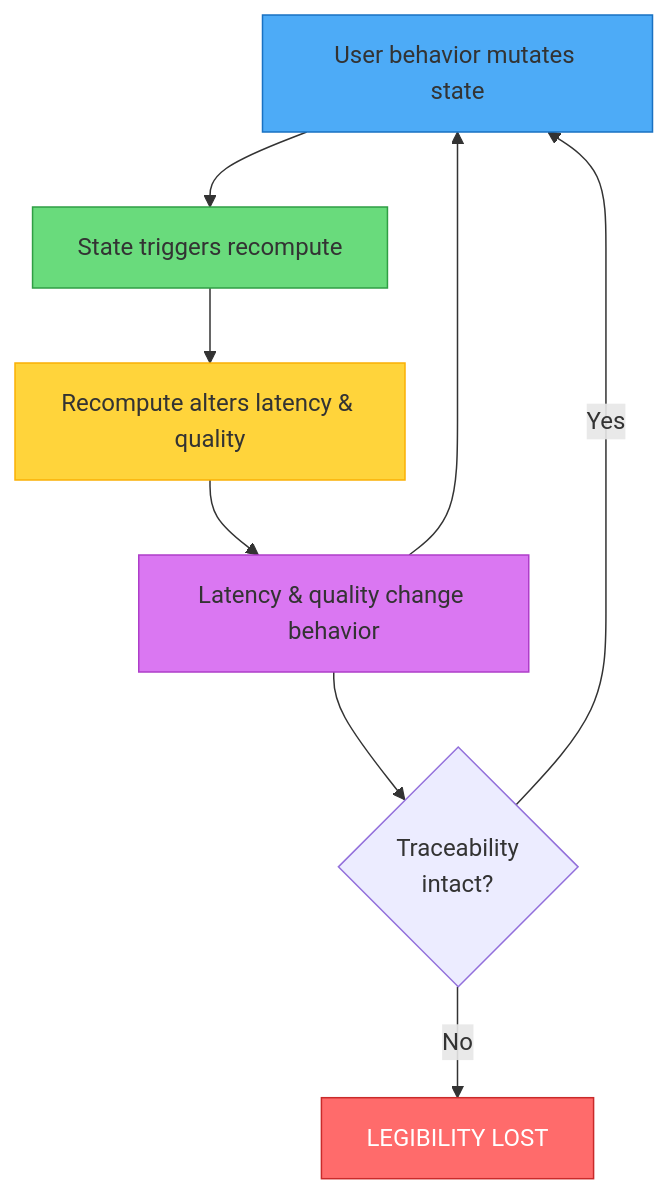
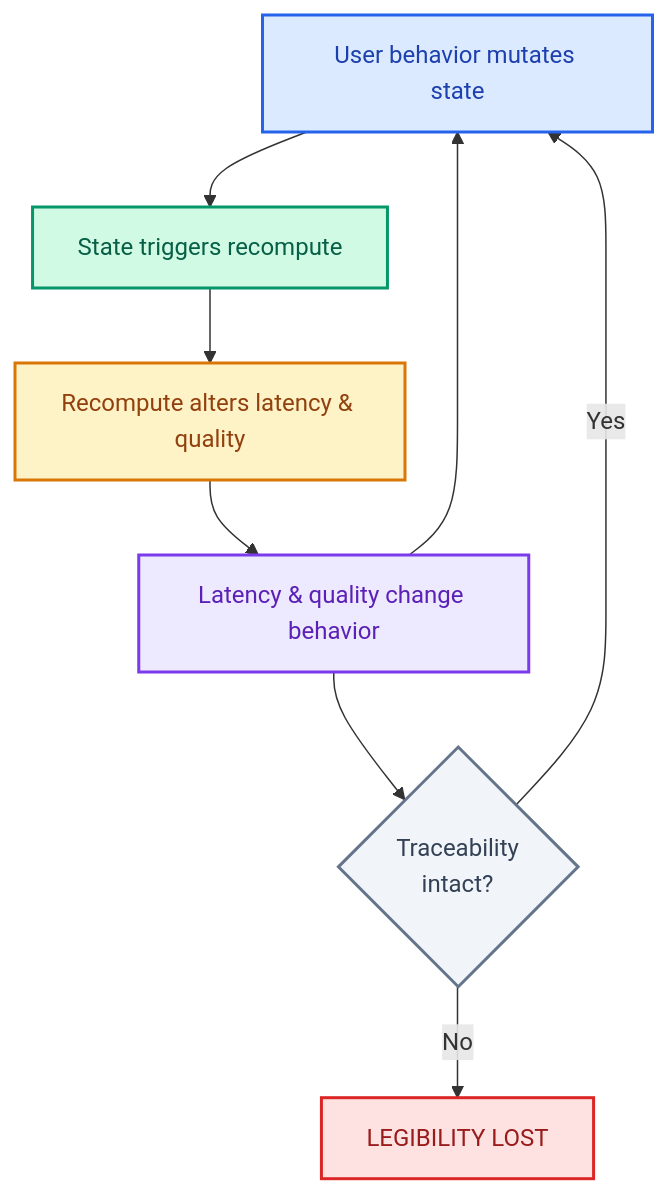
Before and after one commit to whoisrade/agentic-field-manual: the first of 2 diagrams in 01-failure-modes/legibility-loss.md, drawn with Mermaid. The commit also changed other lines of this file and 18 other files, not shown here.

Commit message:
refine mermaid diagrams with enterprise color palette

````diff
--- a/01-failure-modes/legibility-loss.md
+++ b/01-failure-modes/legibility-loss.md
@@ -25,17 +25,18 @@
 ```mermaid
 flowchart TD
-    A[User behavior mutates state] --> B[State triggers recompute]
-    B --> C[Recompute alters latency & quality]
-    C --> D[Latency & quality change behavior]
+    A["User behavior mutates state"] --> B["State triggers recompute"]
+    B --> C["Recompute alters latency & quality"]
+    C --> D["Latency & quality change behavior"]
     D --> A
     
-    D --> E{Traceability<br/>intact?}
-    E -->|Yes| A
-    E -->|No| F[LEGIBILITY LOST]
+    D --> E{"Traceability<br/>intact?"}
+    E -->|"Yes"| A
+    E -->|"No"| F["LEGIBILITY LOST"]
     
-    style F fill:#ff6b6b,stroke:#c92a2a,color:#fff
-    style A fill:#4dabf7,stroke:#1971c2
-    style B fill:#69db7c,stroke:#2f9e44
-    style C fill:#ffd43b,stroke:#fab005
-    style D fill:#da77f2,stroke:#ae3ec9
+    style A fill:#dbeafe,stroke:#2563eb,stroke-width:2px,color:#1e40af
+    style B fill:#d1fae5,stroke:#059669,stroke-width:2px,color:#065f46
+    style C fill:#fef3c7,stroke:#d97706,stroke-width:2px,color:#92400e
+    style D fill:#ede9fe,stroke:#7c3aed,stroke-width:2px,color:#5b21b6
+    style E fill:#f1f5f9,stroke:#64748b,stroke-width:2px,color:#334155
+    style F fill:#fee2e2,stroke:#dc2626,stroke-width:2px,color:#991b1b
 ```
````
